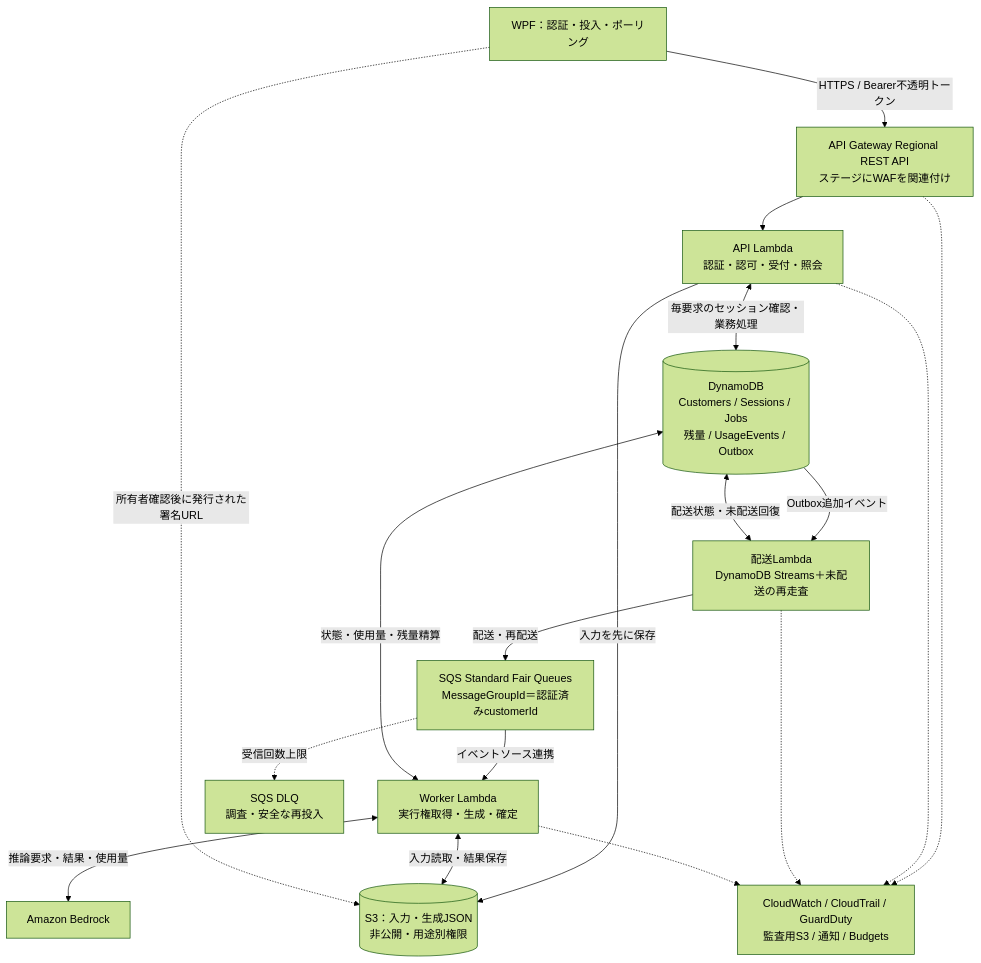
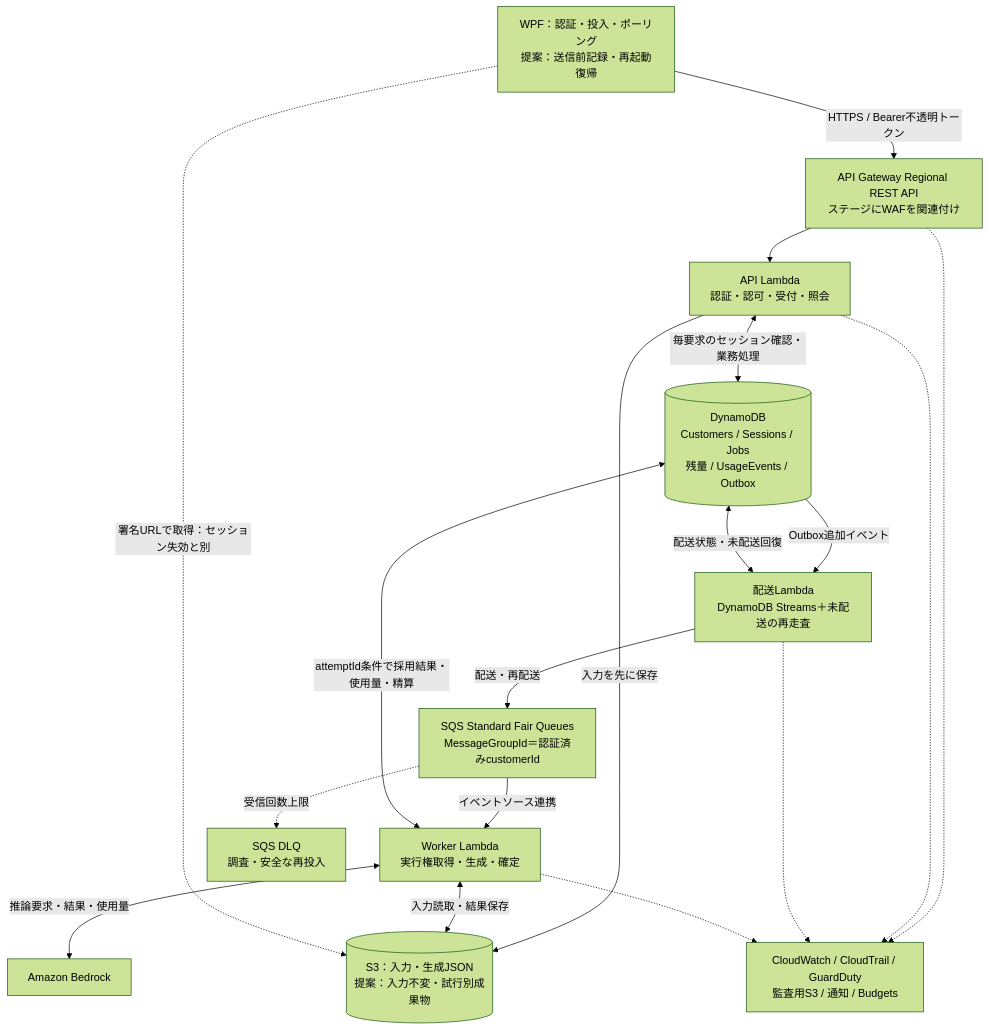
Before and after one commit to knmo000-tech/awsMemo: the first of 2 diagrams in docs/current/構成設計.md, drawn with Mermaid (forest theme). The commit also changed other lines of this file and 6 other files, not shown here.

````diff
--- a/docs/current/構成設計.md
+++ b/docs/current/構成設計.md
@@ -26,31 +26,31 @@
 ```mermaid
 flowchart TB
-  C["WPF：認証・投入・ポーリング"]
+  C["WPF：認証・投入・ポーリング<br/>提案：送信前記録・再起動復帰"]
   G["API Gateway Regional REST API<br/>ステージにWAFを関連付け"]
   A["API Lambda<br/>認証・認可・受付・照会"]
   D[("DynamoDB<br/>Customers / Sessions / Jobs<br/>残量 / UsageEvents / Outbox")]
   R["配送Lambda<br/>DynamoDB Streams＋未配送の再走査"]
   Q["SQS Standard Fair Queues<br/>MessageGroupId＝認証済みcustomerId"]
   W["Worker Lambda<br/>実行権取得・生成・確定"]
   B["Amazon Bedrock"]
-  S[("S3：入力・生成JSON<br/>非公開・用途別権限")]
+  S[("S3：入力・生成JSON<br/>提案：入力不変・試行別成果物")]
   X["SQS DLQ<br/>調査・安全な再投入"]
   O["CloudWatch / CloudTrail / GuardDuty<br/>監査用S3 / 通知 / Budgets"]
   C -->|"HTTPS / Bearer不透明トークン"| G
   G --> A
   A <-->|"毎要求のセッション確認・業務処理"| D
   A -->|"入力を先に保存"| S
   D -->|"Outbox追加イベント"| R
   R -->|"配送・再配送"| Q
   R <-->|"配送状態・未配送回復"| D
   Q -->|"イベントソース連携"| W
   Q -.->|"受信回数上限"| X
   W <-->|"推論要求・結果・使用量"| B
   W <-->|"入力読取・結果保存"| S
-  W <-->|"状態・使用量・残量精算"| D
-  C -.->|"所有者確認後に発行された署名URL"| S
+  W <-->|"attemptId条件で採用結果・使用量・精算"| D
+  C -.->|"署名URLで取得：セッション失効と別"| S
   G -.-> O
   A -.-> O
   R -.-> O
   W -.-> O
 ```
````
